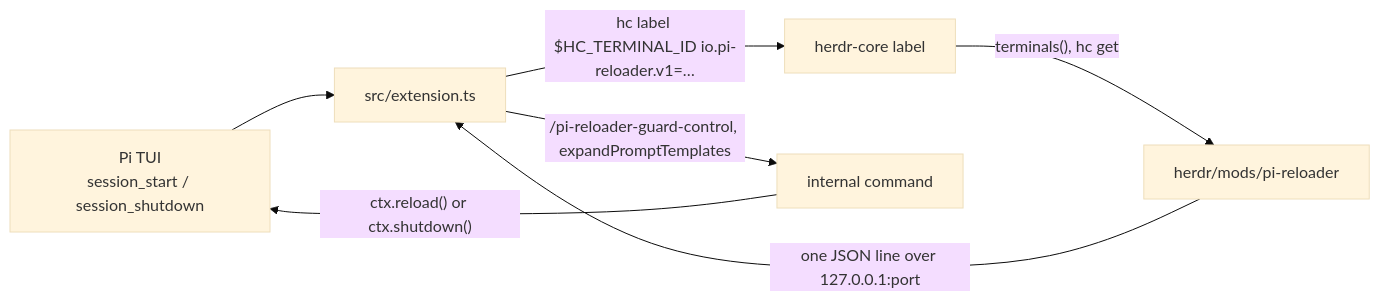
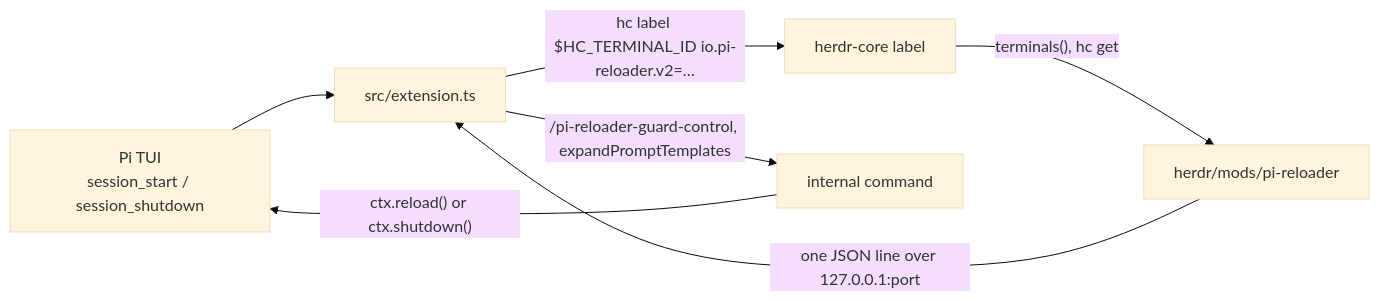
The diagram in pi/reloader-guard/docs/architecture.md (jigenator/industrial-os), drawn with Mermaid (base theme) before and after one commit. The commit also changed other lines of this file and 20 other files, not shown here.

First line of the commit message:
refactor(pi-reloader): contract v2 on Herdr desktop's own tools

````diff
--- a/pi/reloader-guard/docs/architecture.md
+++ b/pi/reloader-guard/docs/architecture.md
@@ -14,9 +14,9 @@
 ```mermaid
 flowchart LR
     Pi["Pi TUI<br/>session_start / session_shutdown"] --> Guard["src/extension.ts"]
-    Guard -->|"hc label $HC_TERMINAL_ID io.pi-reloader.v1=…"| Core["herdr-core label"]
+    Guard -->|"hc label $HC_TERMINAL_ID io.pi-reloader.v2=…"| Core["herdr-core label"]
     Core -->|"terminals(), hc get"| Mod["herdr/mods/pi-reloader"]
     Mod -->|"one JSON line over 127.0.0.1:port"| Guard
     Guard -->|"/pi-reloader-guard-control, expandPromptTemplates"| Cmd["internal command"]
     Cmd -->|"ctx.reload() or ctx.shutdown()"| Pi
 ```
````
